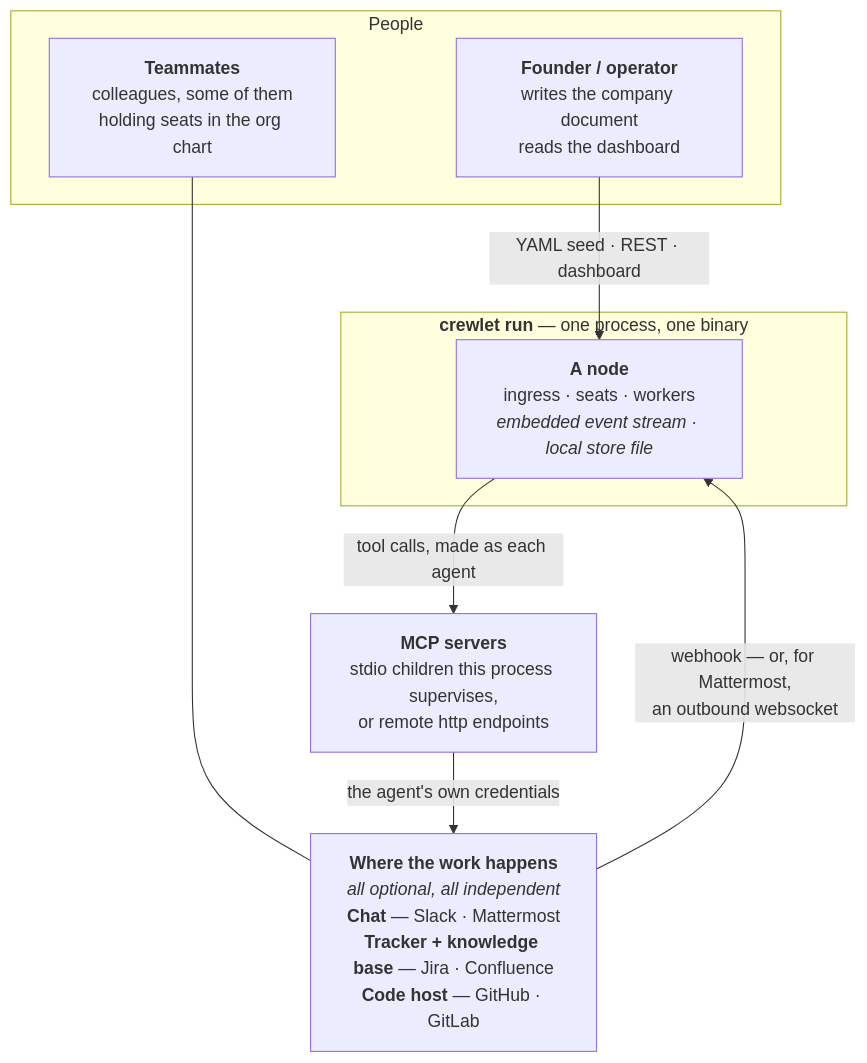
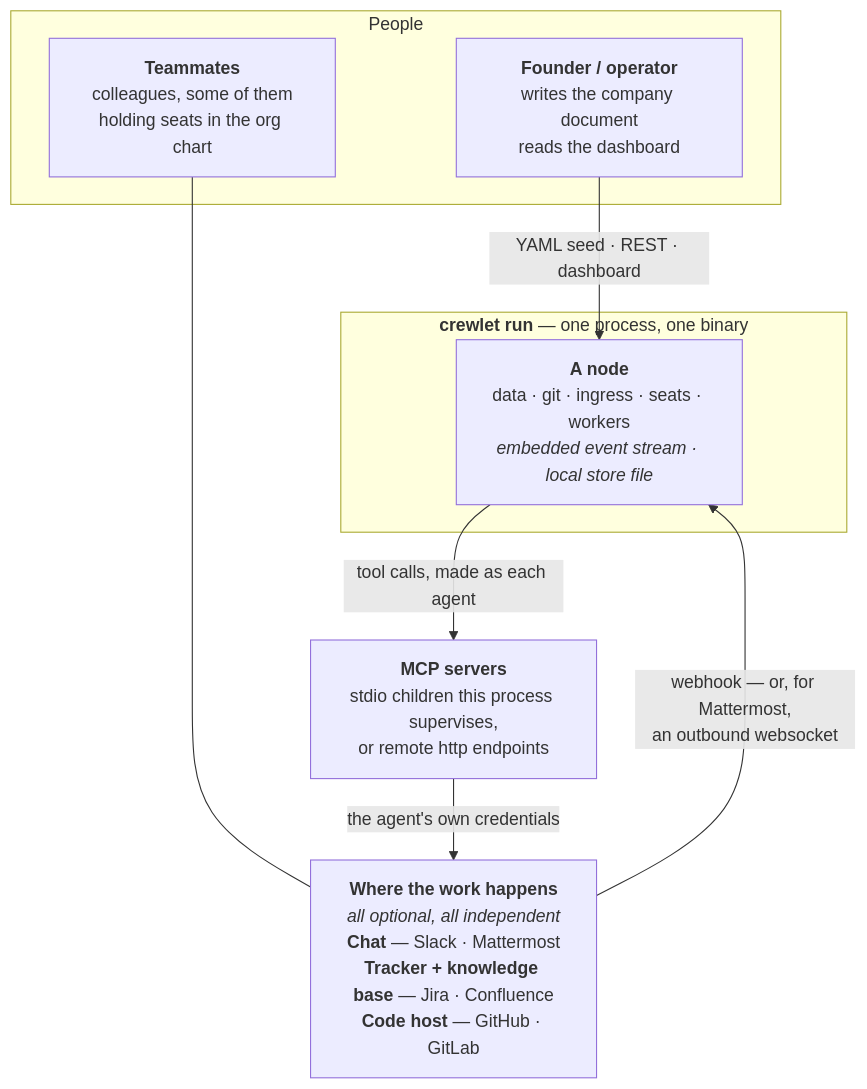
The first of 10 diagrams in docs/concepts/architecture.md (crewlet/crewlet), drawn with Mermaid before and after one commit. The commit also changed other lines of this file and 73 other files, not shown here.

````diff
--- a/docs/concepts/architecture.md
+++ b/docs/concepts/architecture.md
@@ -26,21 +26,21 @@
 ```mermaid
 flowchart TB
     subgraph people["People"]
         FOUNDER["<b>Founder / operator</b><br/>writes the company document<br/>reads the dashboard"]
         HUMANS["<b>Teammates</b><br/>colleagues, some of them<br/>holding seats in the org chart"]
     end
 
     subgraph proc["<b>crewlet run</b> — one process, one binary"]
-        NODE["<b>A node</b><br/>ingress · seats · workers<br/><i>embedded event stream · local store file</i>"]
+        NODE["<b>A node</b><br/>data · git · ingress · seats · workers<br/><i>embedded event stream · local store file</i>"]
     end
 
     MCPS["<b>MCP servers</b><br/>stdio children this process supervises,<br/>or remote http endpoints"]
 
     SURF["<b>Where the work happens</b><br/><i>all optional, all independent</i><br/><b>Chat</b> — Slack · Mattermost<br/><b>Tracker + knowledge base</b> — Jira · Confluence<br/><b>Code host</b> — GitHub · GitLab"]
 
     FOUNDER -->|"YAML seed · REST · dashboard"| NODE
     HUMANS --- SURF
     SURF -->|"webhook — or, for Mattermost,<br/>an outbound websocket"| NODE
     NODE -->|"tool calls, made as each agent"| MCPS
     MCPS -->|"the agent's own credentials"| SURF
 ```
````
